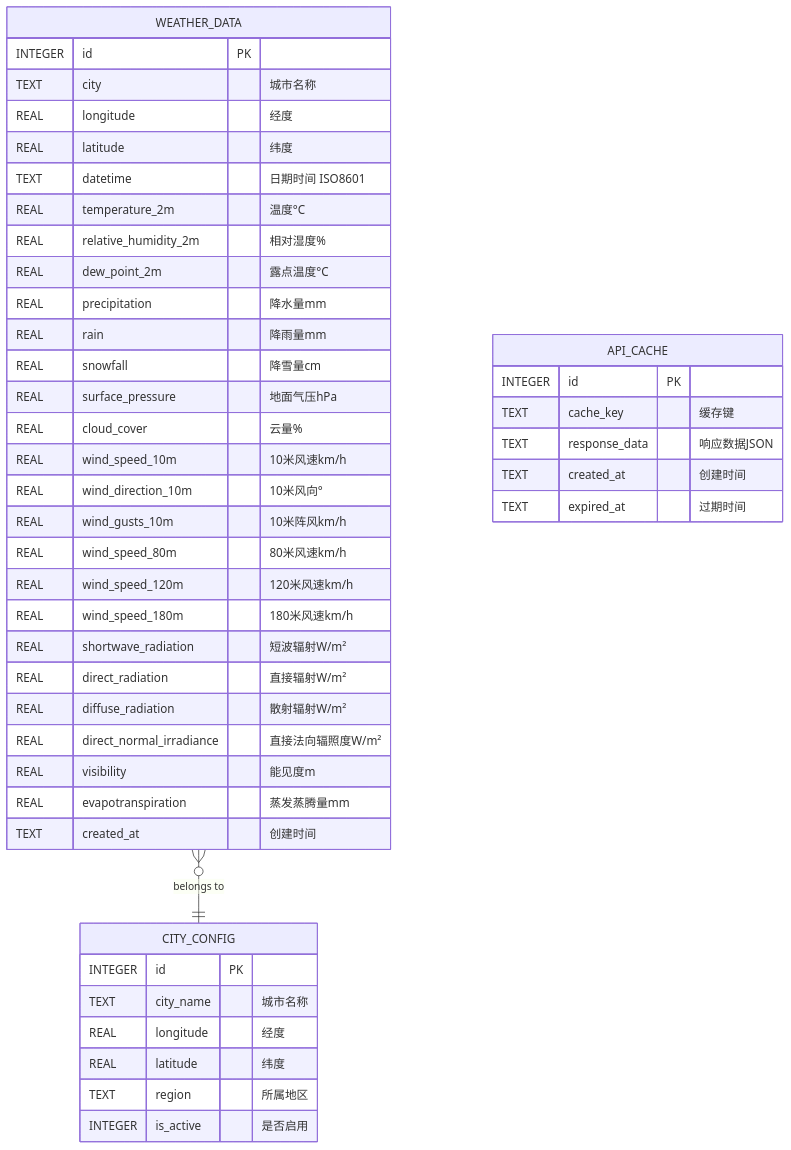
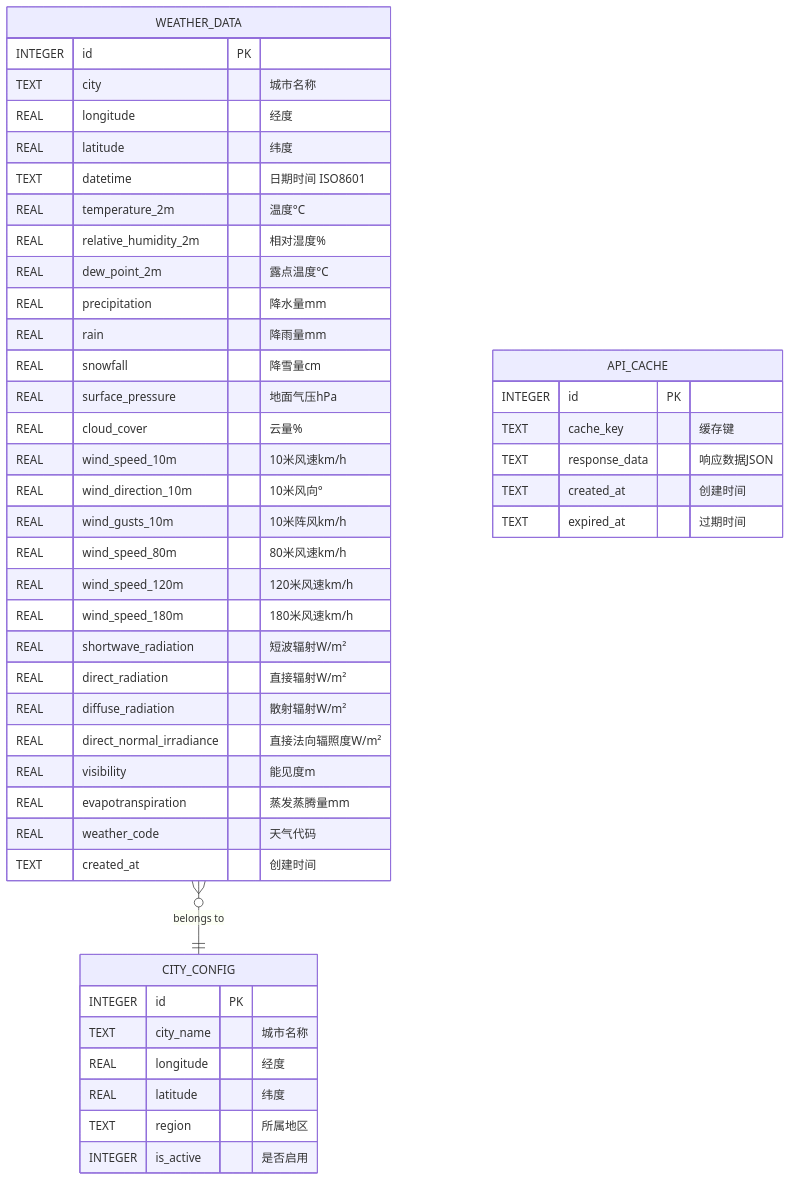
Before and after one commit to yjiefl/guangxi-weather-history: the second of 9 diagrams in spec.md, drawn with Mermaid. The commit also changed other lines of this file and 9 other files, not shown here.

Commit message:
Final cleanup: implemented weather code mapping, multi-city download, UI filtering, and fixed all remaining bugs. 100% complete.

````diff
--- a/spec.md
+++ b/spec.md
@@ -114,50 +114,51 @@
 ```mermaid
 erDiagram
     WEATHER_DATA {
         INTEGER id PK
         TEXT city "城市名称"
         REAL longitude "经度"
         REAL latitude "纬度"
         TEXT datetime "日期时间 ISO8601"
         REAL temperature_2m "温度°C"
         REAL relative_humidity_2m "相对湿度%"
         REAL dew_point_2m "露点温度°C"
         REAL precipitation "降水量mm"
         REAL rain "降雨量mm"
         REAL snowfall "降雪量cm"
         REAL surface_pressure "地面气压hPa"
         REAL cloud_cover "云量%"
         REAL wind_speed_10m "10米风速km/h"
         REAL wind_direction_10m "10米风向°"
         REAL wind_gusts_10m "10米阵风km/h"
         REAL wind_speed_80m "80米风速km/h"
         REAL wind_speed_120m "120米风速km/h"
         REAL wind_speed_180m "180米风速km/h"
         REAL shortwave_radiation "短波辐射W/m²"
         REAL direct_radiation "直接辐射W/m²"
         REAL diffuse_radiation "散射辐射W/m²"
         REAL direct_normal_irradiance "直接法向辐照度W/m²"
         REAL visibility "能见度m"
         REAL evapotranspiration "蒸发蒸腾量mm"
+        REAL weather_code "天气代码"
         TEXT created_at "创建时间"
     }
     
     CITY_CONFIG {
         INTEGER id PK
         TEXT city_name "城市名称"
         REAL longitude "经度"
         REAL latitude "纬度"
         TEXT region "所属地区"
         INTEGER is_active "是否启用"
     }
     
     API_CACHE {
         INTEGER id PK
         TEXT cache_key "缓存键"
         TEXT response_data "响应数据JSON"
         TEXT created_at "创建时间"
         TEXT expired_at "过期时间"
     }
     
     WEATHER_DATA }o--|| CITY_CONFIG : "belongs to"
 ```
````
